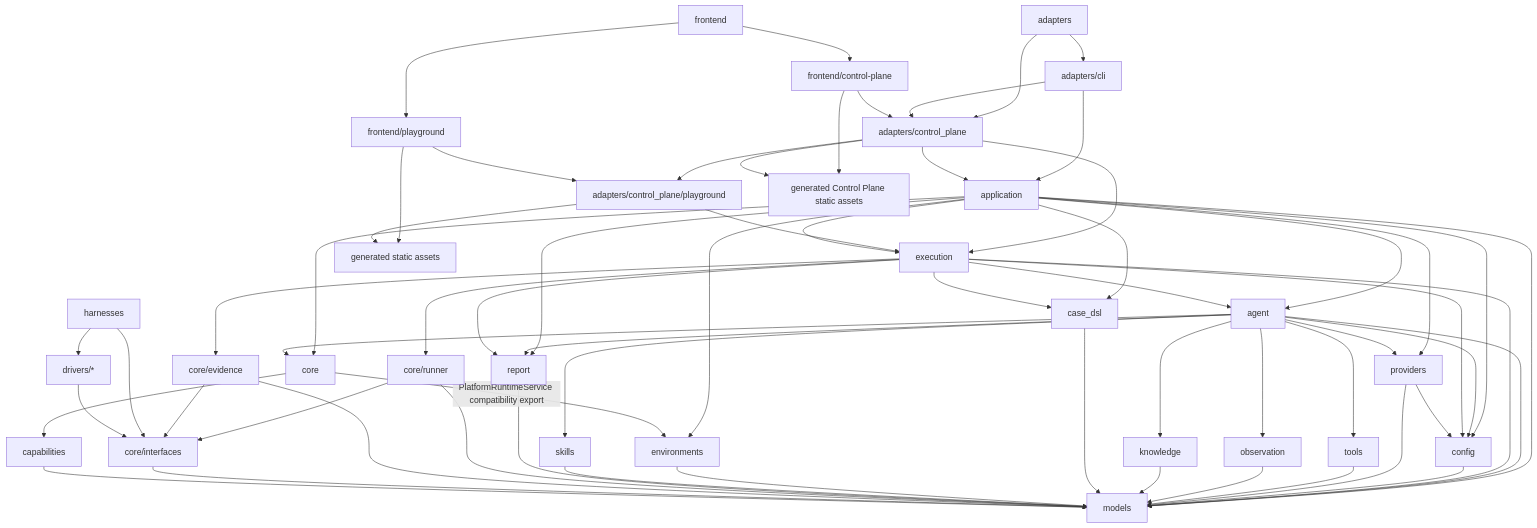
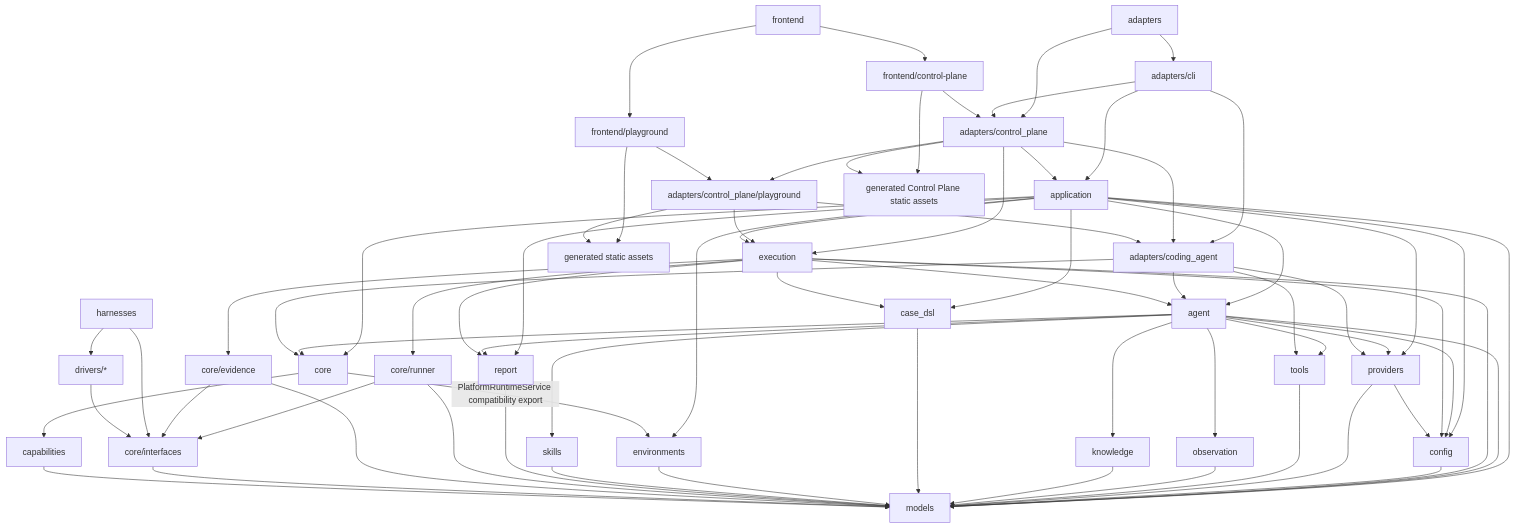
The diagram in SPEC.md (houlianpi/FSQ), drawn with Mermaid before and after one commit. The commit also changed other lines of this file and 21 other files, not shown here.

Commit message:
refactor coding agent adapter boundary

````diff
--- a/SPEC.md
+++ b/SPEC.md
@@ -154,65 +155,72 @@
 ```mermaid
 flowchart TD
     Adapters[adapters] --> CLI[adapters/cli]
     Adapters --> ControlPlane[adapters/control_plane]
     CLI --> Application[application]
     CLI --> ControlPlane
     ControlPlane --> Application
     ControlPlane --> Playground[adapters/control_plane/playground]
     ControlPlane --> Execution[execution]
+    CLI --> CodingAgent[adapters/coding_agent]
+    ControlPlane --> CodingAgent
     Playground --> Execution
+    Playground --> CodingAgent
     Application --> Agent[agent]
     Application --> Execution
     Application --> Core[core]
     Application --> CaseDSL[case_dsl]
     Application --> Environments[environments]
     Application --> Config[config]
     Application --> Providers[providers]
     Application --> Models[models]
     Application --> Report[report]
     Agent --> Core[core]
     Agent --> Config[config]
     Agent --> Providers[providers]
     Agent --> Models[models]
     Agent --> Tools[tools]
     Agent --> Observation[observation]
     Agent --> Knowledge[knowledge]
     Agent --> Skills[skills]
     Agent --> Report[report]
+    CodingAgent --> Agent
+    CodingAgent --> Providers
+    CodingAgent --> Core
+    CodingAgent --> Tools
     Execution --> Agent
     Execution --> CoreRunner[core/runner]
     Execution --> CoreEvidence[core/evidence]
     Execution --> CaseDSL
     Execution --> Config
     Execution --> Models
     Execution --> Report
     Config --> Models
     Providers --> Config
     Providers --> Models
     Tools --> Models
     Observation --> Models
     Knowledge --> Models
     CaseDSL --> Models
     Environments --> Models
     Skills --> Models
     Report --> Models
     CoreRunner --> CoreInterfaces[core/interfaces]
     CoreEvidence --> CoreInterfaces
     CoreRunner --> Models
     CoreEvidence --> Models
     CoreInterfaces --> Models
     Harnesses[harnesses] --> CoreInterfaces
     Harnesses --> Drivers[drivers/*]
     Drivers --> CoreInterfaces
     Capabilities[capabilities] --> Models
     Core --> Capabilities
     Core -->|PlatformRuntimeService compatibility export| Environments
     Frontend[frontend] --> FrontendPlayground[frontend/playground]
     Frontend --> FrontendControlPlane[frontend/control-plane]
     FrontendPlayground --> Playground
     FrontendPlayground --> StaticAssets[generated static assets]
     Playground --> StaticAssets
     FrontendControlPlane --> ControlPlane
     FrontendControlPlane --> ControlPlaneStatic[generated Control Plane static assets]
     ControlPlane --> ControlPlaneStatic
 ```
````
